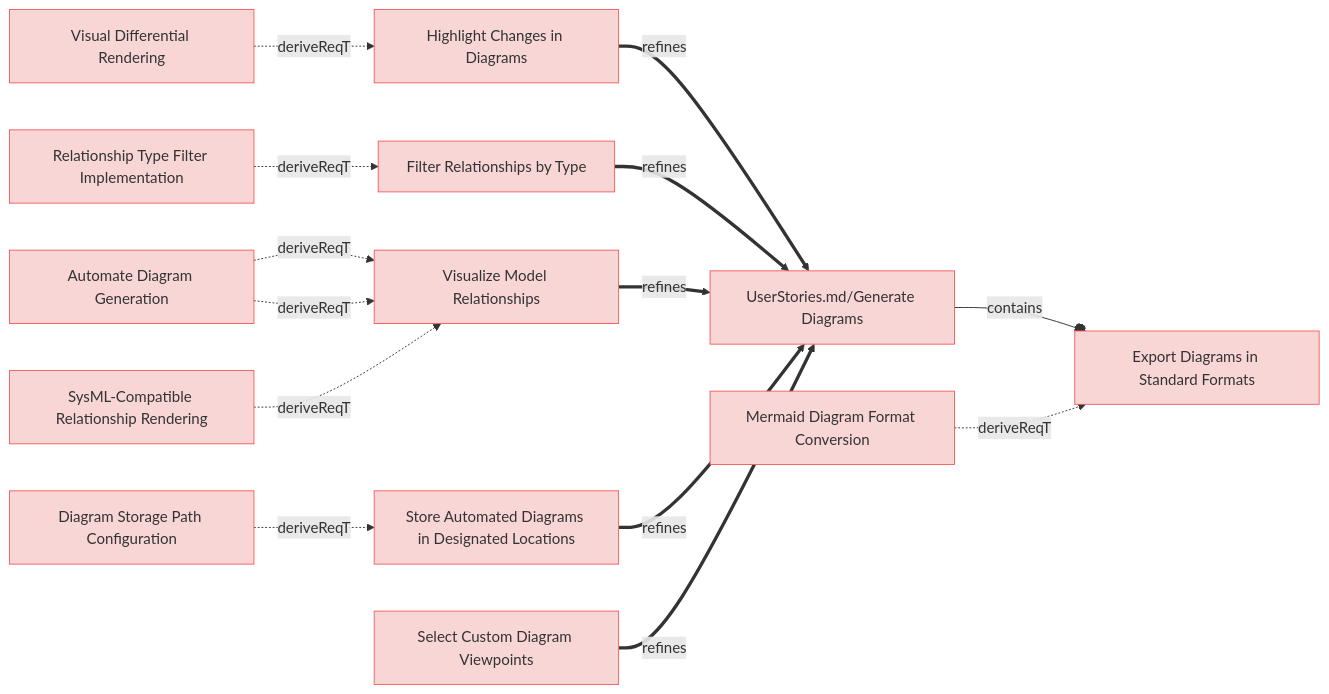
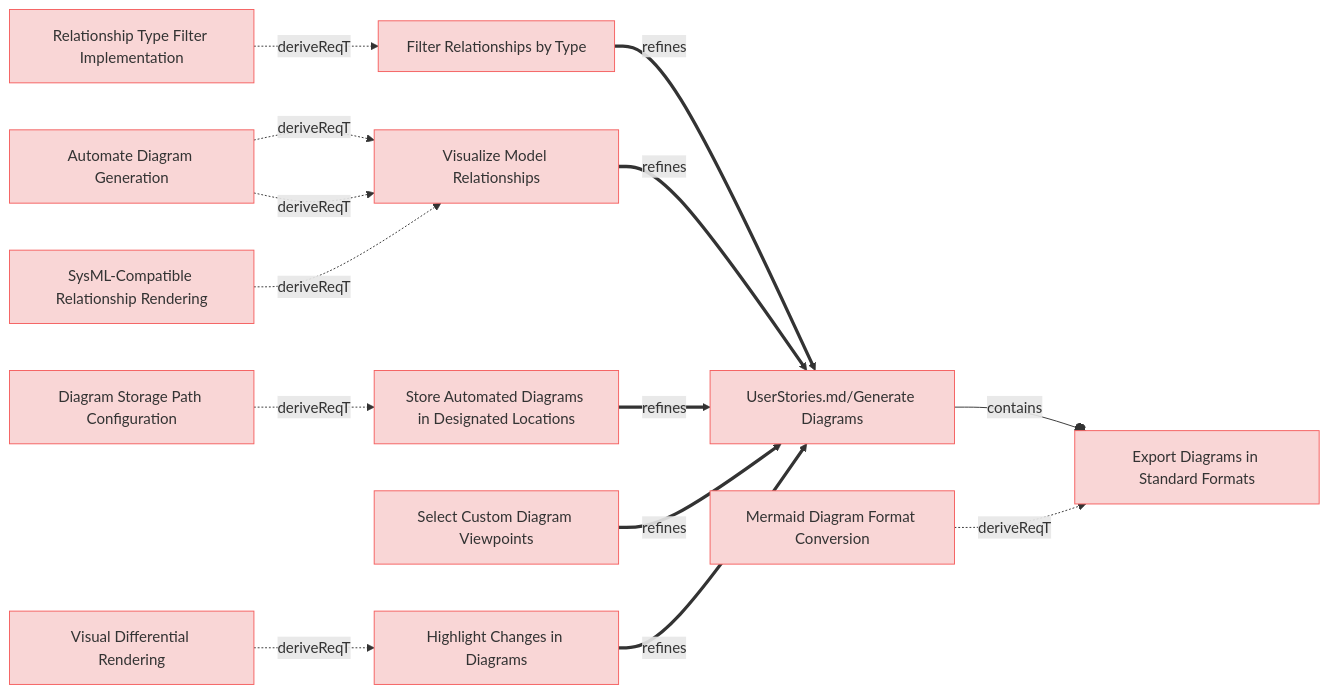
One commit to reqvire-org/reqvire changed the first of 10 diagrams in specifications/UserRequirements.md. Above: the diagram before and after it, drawn with Mermaid. The commit also changed other lines of this file and 92 other files, not shown here.

````diff
--- a/specifications/UserRequirements.md
+++ b/specifications/UserRequirements.md
@@ -4,61 +4,61 @@
 ```mermaid
 graph LR;
   %% Graph styling
   classDef requirement fill:#f9d6d6,stroke:#f55f5f,stroke-width:1px;
   classDef verification fill:#d6f9d6,stroke:#5fd75f,stroke-width:1px;
   classDef externalLink fill:#d0e0ff,stroke:#3080ff,stroke-width:1px;
   classDef default fill:#f5f5f5,stroke:#333333,stroke-width:1px;
 
-  fd7388e379["Highlight Changes in Diagrams"];
-  click fd7388e379 "UserRequirements.md#highlight-changes-in-diagrams";
-  class fd7388e379 requirement;
+  81f9235ded["Automate Diagram Generation"];
+  click 81f9235ded "UserRequirements.md#automate-diagram-generation";
+  class 81f9235ded requirement;
+  a6a8362836["Visualize Model Relationships"];
+  class a6a8362836 requirement;
+  click a6a8362836 "UserRequirements.md#visualize-model-relationships";
+  81f9235ded -.->|deriveReqT| a6a8362836;
+  30d97803eb["Filter Relationships by Type"];
+  click 30d97803eb "UserRequirements.md#filter-relationships-by-type";
+  class 30d97803eb requirement;
   cf0026c2fe["UserStories.md/Generate Diagrams"];
   class cf0026c2fe requirement;
   click cf0026c2fe "UserStories.md#generate-diagrams";
-  fd7388e379 ==>|refines| cf0026c2fe;
-  9860815d52["Visual Differential Rendering"];
-  class 9860815d52 requirement;
-  click 9860815d52 "SystemRequirements/Requirements.md#visual-differential-rendering";
-  9860815d52 -.->|deriveReqT| fd7388e379;
+  30d97803eb ==>|refines| cf0026c2fe;
+  1414e7f889["Relationship Type Filter Implementation"];
+  class 1414e7f889 requirement;
+  click 1414e7f889 "SystemRequirements/Requirements.md#relationship-type-filter-implementation";
+  1414e7f889 -.->|deriveReqT| 30d97803eb;
   10c00a1bd1["Export Diagrams in Standard Formats"];
   click 10c00a1bd1 "UserRequirements.md#export-diagrams-in-standard-formats";
   class 10c00a1bd1 requirement;
   cf0026c2fe --o|contains| 10c00a1bd1;
   a7ec66314a["Mermaid Diagram Format Conversion"];
   class a7ec66314a requirement;
   click a7ec66314a "SystemRequirements/Requirements.md#mermaid-diagram-format-conversion";
   a7ec66314a -.->|deriveReqT| 10c00a1bd1;
-  30d97803eb["Filter Relationships by Type"];
-  click 30d97803eb "UserRequirements.md#filter-relationships-by-type";
-  class 30d97803eb requirement;
-  30d97803eb ==>|refines| cf0026c2fe;
-  1414e7f889["Relationship Type Filter Implementation"];
-  class 1414e7f889 requirement;
-  click 1414e7f889 "SystemRequirements/Requirements.md#relationship-type-filter-implementation";
-  1414e7f889 -.->|deriveReqT| 30d97803eb;
-  81f9235ded["Automate Diagram Generation"];
-  click 81f9235ded "UserRequirements.md#automate-diagram-generation";
-  class 81f9235ded requirement;
-  a6a8362836["Visualize Model Relationships"];
-  class a6a8362836 requirement;
-  click a6a8362836 "UserRequirements.md#visualize-model-relationships";
+  a6a8362836 ==>|refines| cf0026c2fe;
   81f9235ded -.->|deriveReqT| a6a8362836;
-  a6a8362836 ==>|refines| cf0026c2fe;
   c826c1ee7c["SysML-Compatible Relationship Rendering"];
   class c826c1ee7c requirement;
   click c826c1ee7c "SystemRequirements/Requirements.md#sysml-compatible-relationship-rendering";
   c826c1ee7c -.->|deriveReqT| a6a8362836;
-  81f9235ded -.->|deriveReqT| a6a8362836;
   aee397f35b["Store Automated Diagrams in Designated Locations"];
   click aee397f35b "UserRequirements.md#store-automated-diagrams-in-designated-locations";
   class aee397f35b requirement;
   aee397f35b ==>|refines| cf0026c2fe;
   191d27287e["Diagram Storage Path Configuration"];
   class 191d27287e requirement;
   click 191d27287e "SystemRequirements/Requirements.md#diagram-storage-path-configuration";
   191d27287e -.->|deriveReqT| aee397f35b;
   30053341d8["Select Custom Diagram Viewpoints"];
   click 30053341d8 "UserRequirements.md#select-custom-diagram-viewpoints";
   class 30053341d8 requirement;
   30053341d8 ==>|refines| cf0026c2fe;
+  fd7388e379["Highlight Changes in Diagrams"];
+  click fd7388e379 "UserRequirements.md#highlight-changes-in-diagrams";
+  class fd7388e379 requirement;
+  fd7388e379 ==>|refines| cf0026c2fe;
+  9860815d52["Visual Differential Rendering"];
+  class 9860815d52 requirement;
+  click 9860815d52 "SystemRequirements/Requirements.md#visual-differential-rendering";
+  9860815d52 -.->|deriveReqT| fd7388e379;
 ```
````
